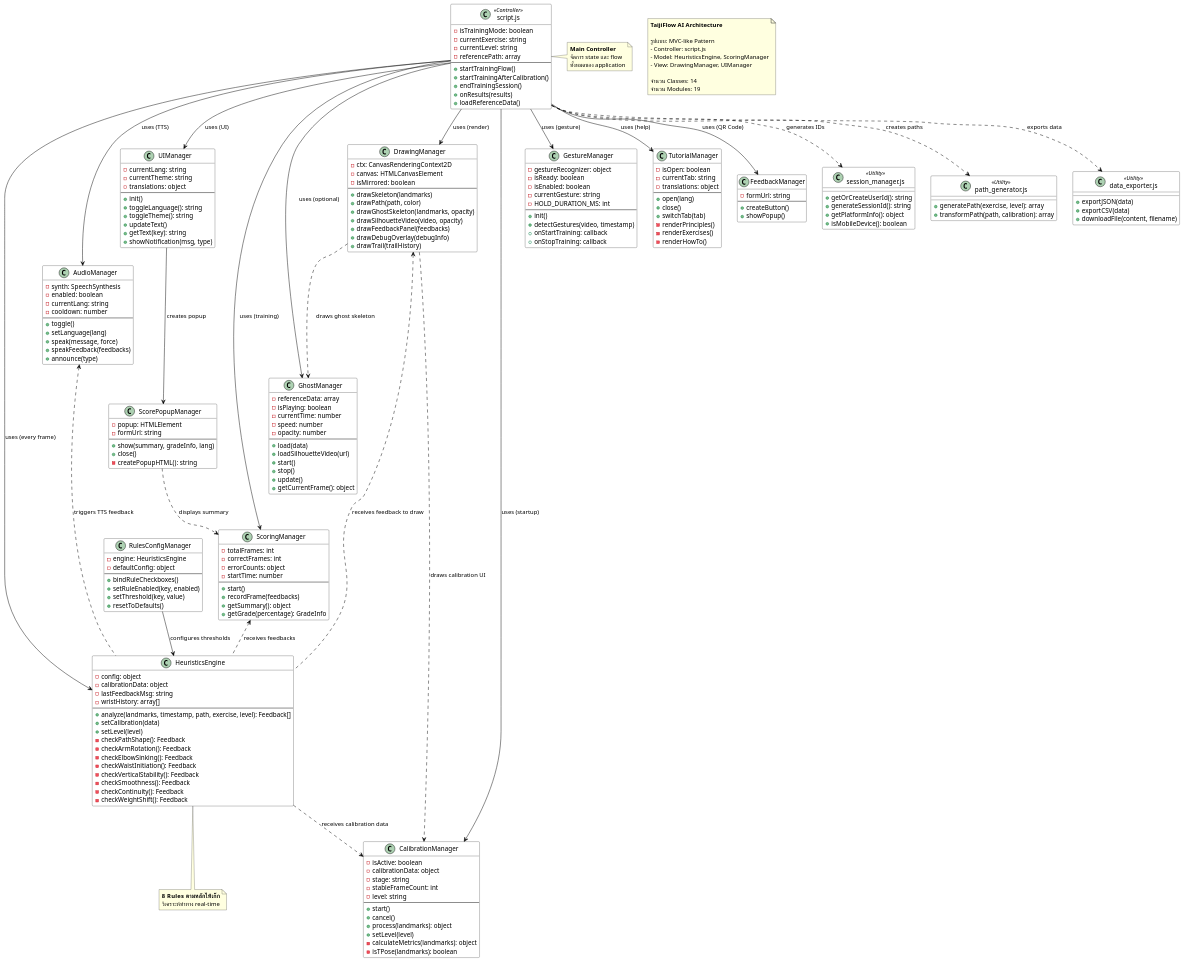
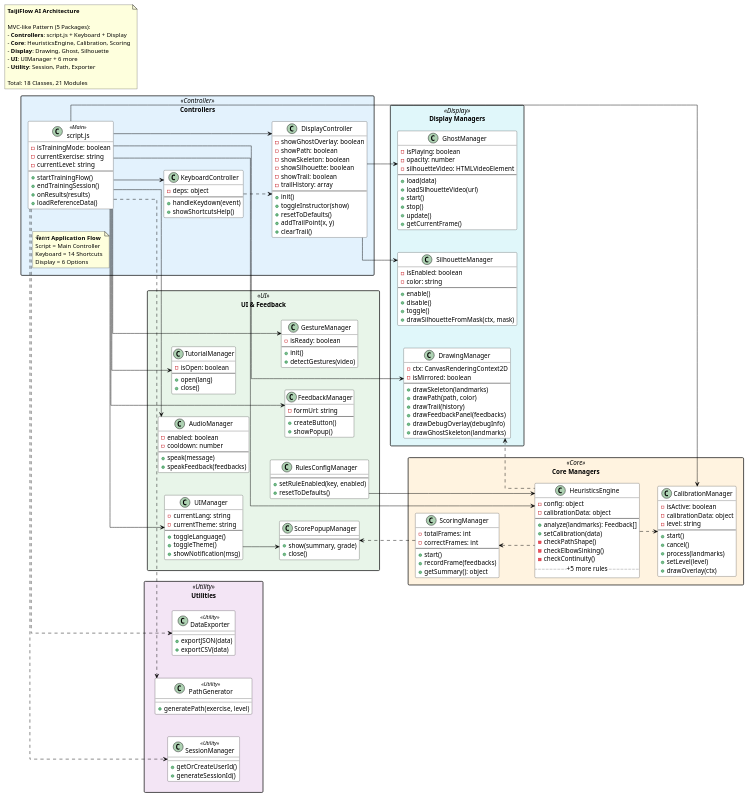
The diagram in docs/diagrams/ClassDiagram.wsd (vyut/TaijiFlow), drawn with PlantUML before and after one commit. The commit also changed 25 other files, not shown here.

Commit message:
Added sequence diagrams

```diff
--- a/docs/diagrams/ClassDiagram.wsd
+++ b/docs/diagrams/ClassDiagram.wsd
@@ -1,286 +1,306 @@
 @startuml TaijiFlow_Class_Diagram
 ' ============================================================================
-' TaijiFlow AI - Class Diagram v1.0
+' TaijiFlow AI - Class Diagram v1.2 (Updated: 2026-01-07)
 ' ============================================================================
-' แสดงโครงสร้าง Classes หลักและความสัมพันธ์
-' อ้างอิง: 19 JavaScript Modules
+' จัดกลุ่มด้วย Packages เพื่อความชัดเจน
+' อ้างอิง: 21 JavaScript Modules
 ' ============================================================================
 
 skinparam defaultFontName "sarabun"
+skinparam packageStyle rectangle
+
+' === Line Style Settings (ลดเส้นซ้อนทับ) ===
+left to right direction
+skinparam linetype ortho
+skinparam nodesep 50
+skinparam ranksep 40
+
 skinparam class {
     BackgroundColor White
     BorderColor Black
     ArrowColor Black
 }
-skinparam note {
-    BackgroundColor LightYellow
+skinparam package {
+    BackgroundColor<<Controller>> #E3F2FD
+    BackgroundColor<<Core>> #FFF3E0
+    BackgroundColor<<Display>> #E0F7FA
+    BackgroundColor<<UI>> #E8F5E9
+    BackgroundColor<<Utility>> #F3E5F5
 }
 
 ' ============================================================================
-' MAIN CONTROLLER
+' CONTROLLERS PACKAGE
 ' ============================================================================
 
-class "script.js" as Script <<Controller>> {
-    ' State Variables
-    - isTrainingMode: boolean
-    - currentExercise: string
-    - currentLevel: string
-    - referencePath: array
-    --
-    ' Main Functions
-    + startTrainingFlow()
-    + startTrainingAfterCalibration()
-    + endTrainingSession()
-    + onResults(results)
-    + loadReferenceData()
-}
-
-note right of Script
-    **Main Controller**
-    จัดการ state และ flow
-    ทั้งหมดของ application
-end note
-
-' ============================================================================
-' CORE MANAGERS
-' ============================================================================
-
-class HeuristicsEngine {
-    - config: object
-    - calibrationData: object
-    - lastFeedbackMsg: string
-    - wristHistory: array[]
-    --
-    + analyze(landmarks, timestamp, path, exercise, level): Feedback[]
-    + setCalibration(data)
-    + setLevel(level)
-    - checkPathShape(): Feedback
-    - checkArmRotation(): Feedback
-    - checkElbowSinking(): Feedback
-    - checkWaistInitiation(): Feedback
-    - checkVerticalStability(): Feedback
-    - checkSmoothness(): Feedback
-    - checkContinuity(): Feedback
-    - checkWeightShift(): Feedback
-}
-
-note bottom of HeuristicsEngine
-    **8 Rules ตามหลักไท้เก๊ก**
-    วิเคราะห์ท่าทาง real-time
-end note
-
-class CalibrationManager {
-    - isActive: boolean
-    - calibrationData: object
-    - stage: string
-    - stableFrameCount: int
-    - level: string
-    --
-    + start()
-    + cancel()
-    + process(landmarks): object
-    + setLevel(level)
-    - calculateMetrics(landmarks): object
-    - isTPose(landmarks): boolean
-}
-
-class ScoringManager {
-    - totalFrames: int
-    - correctFrames: int
-    - errorCounts: object
-    - startTime: number
-    --
-    + start()
-    + recordFrame(feedbacks)
-    + getSummary(): object
-    + getGrade(percentage): GradeInfo
-}
-
-class DrawingManager {
-    - ctx: CanvasRenderingContext2D
-    - canvas: HTMLCanvasElement
-    - isMirrored: boolean
-    --
-    + drawSkeleton(landmarks)
-    + drawPath(path, color)
-    + drawGhostSkeleton(landmarks, opacity)
-    + drawSilhouetteVideo(video, opacity)
-    + drawFeedbackPanel(feedbacks)
-    + drawDebugOverlay(debugInfo)
-    + drawTrail(trailHistory)
-}
-
-class GhostManager {
-    - referenceData: array
-    - isPlaying: boolean
-    - currentTime: number
-    - speed: number
-    - opacity: number
-    --
-    + load(data)
-    + loadSilhouetteVideo(url)
-    + start()
-    + stop()
-    + update()
-    + getCurrentFrame(): object
+package "Controllers" <<Controller>> {
+    class "script.js" as Script <<Main>> {
+        - isTrainingMode: boolean
+        - currentExercise: string
+        - currentLevel: string
+        --
+        + startTrainingFlow()
+        + endTrainingSession()
+        + onResults(results)
+        + loadReferenceData()
+    }
+    
+    class KeyboardController {
+        - deps: object
+        --
+        + handleKeydown(event)
+        + showShortcutsHelp()
+    }
+    
+    class DisplayController {
+        - showGhostOverlay: boolean
+        - showPath: boolean
+        - showSkeleton: boolean
+        - showSilhouette: boolean
+        - showTrail: boolean
+        - trailHistory: array
+        --
+        + init()
+        + toggleInstructor(show)
+        + resetToDefaults()
+        + addTrailPoint(x, y)
+        + clearTrail()
+    }
+    
+    note as NC
+        **จัดการ Application Flow**
+        Script = Main Controller
+        Keyboard = 14 Shortcuts
+        Display = 6 Options
+    end note
 }
 
 ' ============================================================================
-' UI & FEEDBACK MANAGERS
+' CORE MANAGERS PACKAGE
 ' ============================================================================
 
-class UIManager {
-    - currentLang: string
-    - currentTheme: string
-    - translations: object
-    --
-    + init()
-    + toggleLanguage(): string
-    + toggleTheme(): string
-    + updateText()
-    + getText(key): string
-    + showNotification(msg, type)
-}
-
-class AudioManager {
-    - synth: SpeechSynthesis
-    - enabled: boolean
-    - currentLang: string
-    - cooldown: number
-    --
-    + toggle()
-    + setLanguage(lang)
-    + speak(message, force)
-    + speakFeedback(feedbacks)
-    + announce(type)
-}
-
-class GestureManager {
-    - gestureRecognizer: object
-    - isReady: boolean
-    - isEnabled: boolean
-    - currentGesture: string
-    - HOLD_DURATION_MS: int
-    --
-    + init()
-    + detectGestures(video, timestamp)
-    + onStartTraining: callback
-    + onStopTraining: callback
-}
-
-class TutorialManager {
-    - isOpen: boolean
-    - currentTab: string
-    - translations: object
-    --
-    + open(lang)
-    + close()
-    + switchTab(tab)
-    - renderPrinciples()
-    - renderExercises()
-    - renderHowTo()
-}
-
-class ScorePopupManager {
-    - popup: HTMLElement
-    - formUrl: string
-    --
-    + show(summary, gradeInfo, lang)
-    + close()
-    - createPopupHTML(): string
-}
-
-class FeedbackManager {
-    - formUrl: string
-    --
-    + createButton()
-    + showPopup()
-}
-
-class RulesConfigManager {
-    - engine: HeuristicsEngine
-    - defaultConfig: object
-    --
-    + bindRuleCheckboxes()
-    + setRuleEnabled(key, enabled)
-    + setThreshold(key, value)
-    + resetToDefaults()
+package "Core Managers" <<Core>> {
+    class HeuristicsEngine {
+        - config: object
+        - calibrationData: object
+        --
+        + analyze(landmarks): Feedback[]
+        + setCalibration(data)
+        - checkPathShape()
+        - checkElbowSinking()
+        - checkContinuity()
+        .. +5 more rules ..
+    }
+    
+    class CalibrationManager {
+        - isActive: boolean
+        - calibrationData: object
+        - level: string
+        --
+        + start()
+        + cancel()
+        + process(landmarks)
+        + setLevel(level)
+        + drawOverlay(ctx)
+    }
+    
+    class ScoringManager {
+        - totalFrames: int
+        - correctFrames: int
+        --
+        + start()
+        + recordFrame(feedbacks)
+        + getSummary(): object
+    }
 }
 
 ' ============================================================================
-' UTILITY CLASSES
+' DISPLAY MANAGERS PACKAGE (แยกจาก Core เพราะเป็น View/Render)
 ' ============================================================================
 
-class "session_manager.js" as SessionManager <<Utility>> {
-    + getOrCreateUserId(): string
-    + generateSessionId(): string
-    + getPlatformInfo(): object
-    + isMobileDevice(): boolean
-}
-
-class "path_generator.js" as PathGenerator <<Utility>> {
-    + generatePath(exercise, level): array
-    + transformPath(path, calibration): array
-}
-
-class "data_exporter.js" as DataExporter <<Utility>> {
-    + exportJSON(data)
-    + exportCSV(data)
-    + downloadFile(content, filename)
+package "Display Managers" <<Display>> {
+    class DrawingManager {
+        - ctx: CanvasRenderingContext2D
+        - isMirrored: boolean
+        --
+        + drawSkeleton(landmarks)
+        + drawPath(path, color)
+        + drawTrail(history)
+        + drawFeedbackPanel(feedbacks)
+        + drawDebugOverlay(debugInfo)
+        + drawGhostSkeleton(landmarks)
+    }
+    
+    class GhostManager {
+        - isPlaying: boolean
+        - opacity: number
+        - silhouetteVideo: HTMLVideoElement
+        --
+        + load(data)
+        + loadSilhouetteVideo(url)
+        + start()
+        + stop()
+        + update()
+        + getCurrentFrame()
+    }
+    
+    class SilhouetteManager {
+        - isEnabled: boolean
+        - color: string
+        --
+        + enable()
+        + disable()
+        + toggle()
+        + drawSilhouetteFromMask(ctx, mask)
+    }
+    
+    ' Force horizontal layout
+    DrawingManager -[hidden]right- GhostManager
+    GhostManager -[hidden]right- SilhouetteManager
 }
 
 ' ============================================================================
-' RELATIONSHIPS
+' UI MANAGERS PACKAGE
 ' ============================================================================
 
-' Main Controller uses all managers
-Script --> HeuristicsEngine : "uses (every frame)"
-Script --> CalibrationManager : "uses (startup)"
-Script --> ScoringManager : "uses (training)"
-Script --> DrawingManager : "uses (render)"
-Script --> GhostManager : "uses (optional)"
-Script --> UIManager : "uses (UI)"
-Script --> AudioManager : "uses (TTS)"
-Script --> GestureManager : "uses (gesture)"
-Script --> TutorialManager : "uses (help)"
-Script --> FeedbackManager : "uses (QR Code)"
-
-' HeuristicsEngine relationships
-HeuristicsEngine ..> CalibrationManager : "receives calibration data"
-ScoringManager <.. HeuristicsEngine : "receives feedbacks"
-AudioManager <.. HeuristicsEngine : "triggers TTS feedback"
-DrawingManager <.. HeuristicsEngine : "receives feedback to draw"
-
-' UI Manager relationships
-UIManager --> ScorePopupManager : "creates popup"
-ScorePopupManager ..> ScoringManager : "displays summary"
-
-' RulesConfigManager controls HeuristicsEngine
-RulesConfigManager --> HeuristicsEngine : "configures thresholds"
-
-' Drawing relationships
-DrawingManager ..> GhostManager : "draws ghost skeleton"
-DrawingManager ..> CalibrationManager : "draws calibration UI"
-
-' Utilities (dotted = indirect usage)
-Script ..> SessionManager : "generates IDs"
-Script ..> PathGenerator : "creates paths"
-Script ..> DataExporter : "exports data"
+package "UI & Feedback" <<UI>> {
+    together {
+        class UIManager {
+            - currentLang: string
+            - currentTheme: string
+            --
+            + toggleLanguage()
+            + toggleTheme()
+            + showNotification(msg)
+        }
+        
+        class AudioManager {
+            - enabled: boolean
+            - cooldown: number
+            --
+            + speak(message)
+            + speakFeedback(feedbacks)
+        }
+        
+        class TutorialManager {
+            - isOpen: boolean
+            --
+            + open(lang)
+            + close()
+        }
+        
+        class ScorePopupManager {
+            --
+            + show(summary, grade)
+            + close()
+        }
+        
+        class RulesConfigManager {
+            --
+            + setRuleEnabled(key, enabled)
+            + resetToDefaults()
+        }
+        
+        class GestureManager {
+            - isReady: boolean
+            --
+            + init()
+            + detectGestures(video)
+        }
+        
+        class FeedbackManager {
+            - formUrl: string
+            --
+            + createButton()
+            + showPopup()
+        }
+    }
+    
+    ' Force horizontal layout
+    UIManager -[hidden]right- AudioManager
+    AudioManager -[hidden]right- TutorialManager
+    TutorialManager -[hidden]right- ScorePopupManager
+    ScorePopupManager -[hidden]right- RulesConfigManager
+    RulesConfigManager -[hidden]right- GestureManager
+    GestureManager -[hidden]right- FeedbackManager
+}
 
 ' ============================================================================
-' NOTES FOR ADDITIONAL CONTEXT
+' UTILITIES PACKAGE
+' ============================================================================
+
+package "Utilities" <<Utility>> {
+    together {
+        class SessionManager <<Utility>> {
+            + getOrCreateUserId()
+            + generateSessionId()
+        }
+        
+        class PathGenerator <<Utility>> {
+            + generatePath(exercise, level)
+        }
+        
+        class DataExporter <<Utility>> {
+            + exportJSON(data)
+            + exportCSV(data)
+        }
+    }
+    
+    ' Force horizontal layout
+    SessionManager -[hidden]right- PathGenerator
+    PathGenerator -[hidden]right- DataExporter
+}
+
+' ============================================================================
+' RELATIONSHIPS (Simplified - ไม่มี label เพื่อความสะอาด)
+' ============================================================================
+
+' Controller relationships
+Script --> KeyboardController
+Script --> DisplayController
+Script --> HeuristicsEngine
+Script --> CalibrationManager
+Script --> DrawingManager
+Script --> UIManager
+Script --> AudioManager
+Script --> TutorialManager
+Script --> GestureManager
+
+' Display Controller
+DisplayController --> GhostManager
+DisplayController --> SilhouetteManager
+KeyboardController ..> DisplayController
+
+' Core relationships
+HeuristicsEngine ..> CalibrationManager
+ScoringManager <.. HeuristicsEngine
+DrawingManager <.. HeuristicsEngine
+
+' UI relationships
+UIManager --> ScorePopupManager
+ScoringManager .[norank].> ScorePopupManager
+Script --> FeedbackManager
+RulesConfigManager --> HeuristicsEngine
+
+' Utilities (เส้นประ = indirect)
+Script ..> SessionManager
+Script ..> PathGenerator
+Script ..> DataExporter
+
+' ============================================================================
+' ARCHITECTURE NOTE
 ' ============================================================================
 
 note as N1
     **TaijiFlow AI Architecture**
     
-    รูปแบบ: MVC-like Pattern
-    - Controller: script.js
-    - Model: HeuristicsEngine, ScoringManager
-    - View: DrawingManager, UIManager
+    MVC-like Pattern (5 Packages):
+    - **Controllers**: script.js + Keyboard + Display
+    - **Core**: HeuristicsEngine, Calibration, Scoring
+    - **Display**: Drawing, Ghost, Silhouette
+    - **UI**: UIManager + 6 more
+    - **Utility**: Session, Path, Exporter
     
-    จำนวน Classes: 14
-    จำนวน Modules: 19
+    Total: 18 Classes, 21 Modules
 end note
 
 @enduml
```
